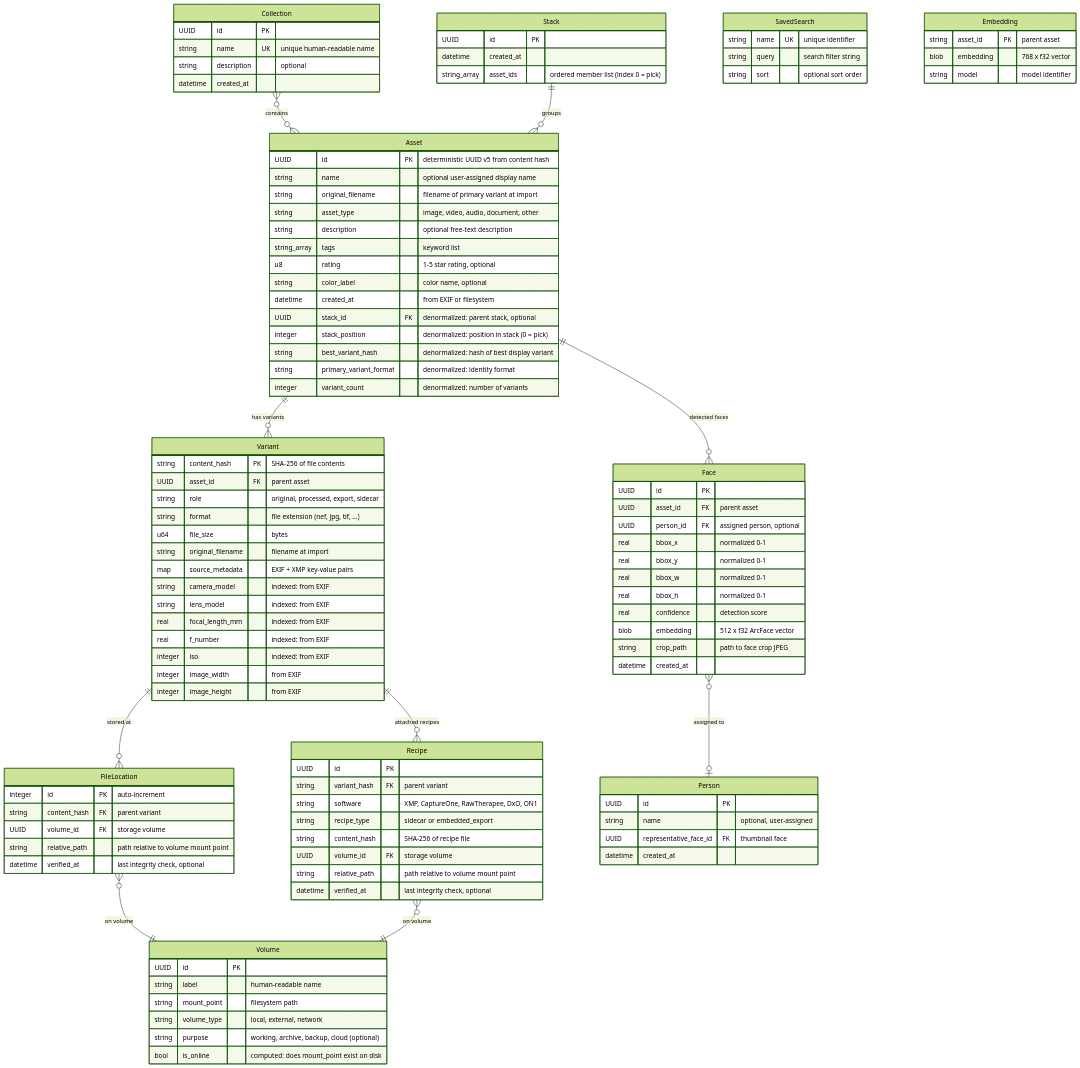
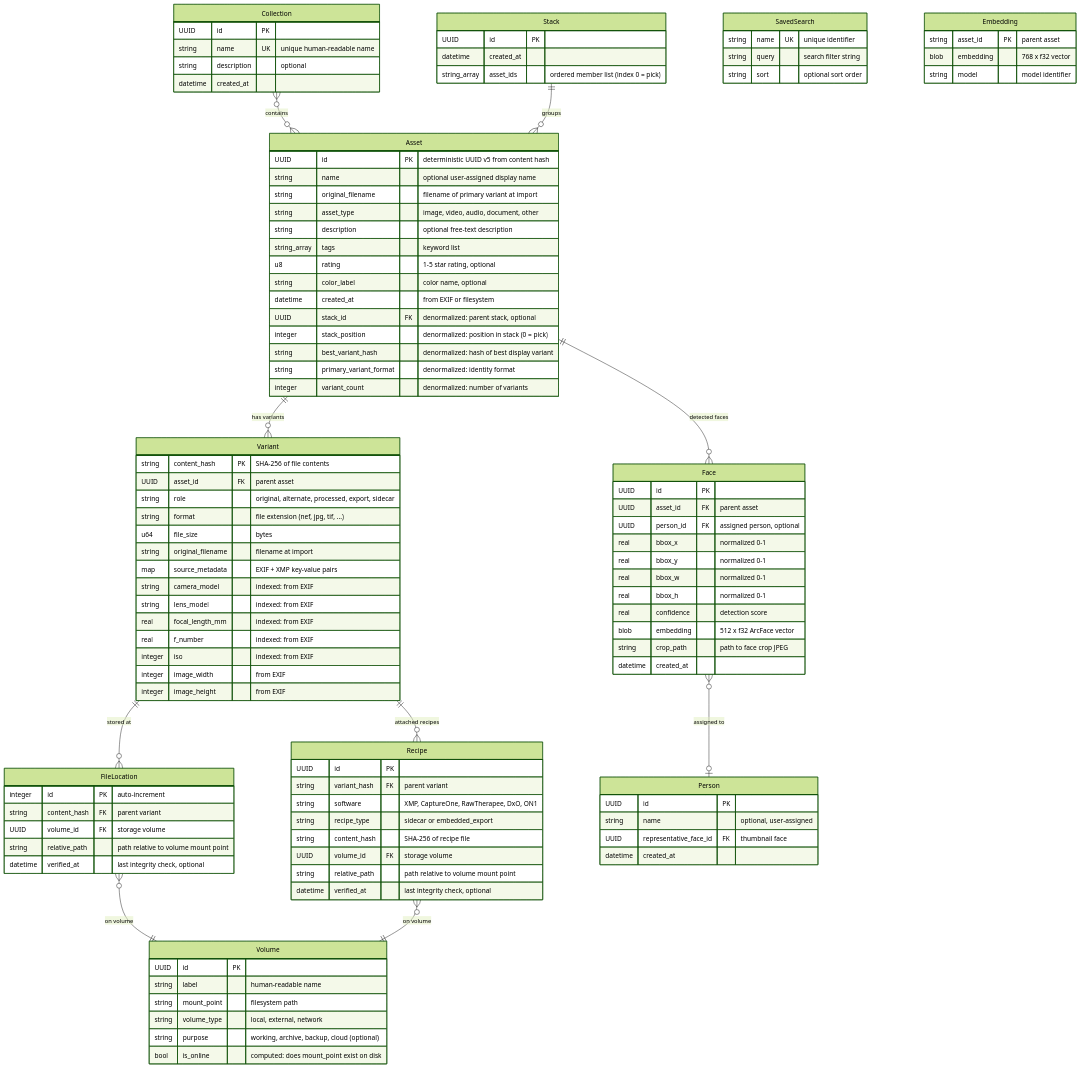
One commit to thoherr/simple-digital-asset-manager changed the diagram in doc/manual/reference/09-data-model.md. Above: the diagram before and after it, drawn with Mermaid (forest theme). The commit also changed other lines of this file and 15 other files, not shown here.

First line of the commit message:
Release v2.4.0 — contact sheet, split command, alternate variant role

```diff
--- a/doc/manual/reference/09-data-model.md
+++ b/doc/manual/reference/09-data-model.md
@@ -42,7 +42,7 @@
     Variant {
         string content_hash PK "SHA-256 of file contents"
         UUID asset_id FK "parent asset"
-        string role "original, processed, export, sidecar"
+        string role "original, alternate, processed, export, sidecar"
         string format "file extension (nef, jpg, tif, ...)"
         u64 file_size "bytes"
         string original_filename "filename at import"
```
